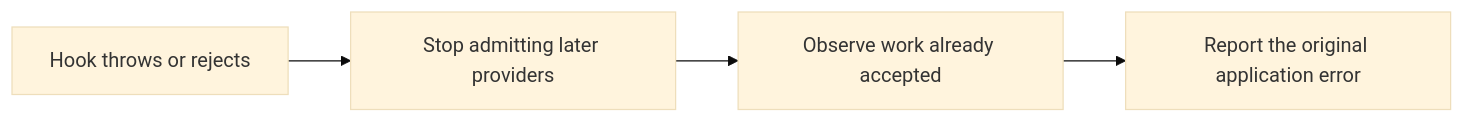
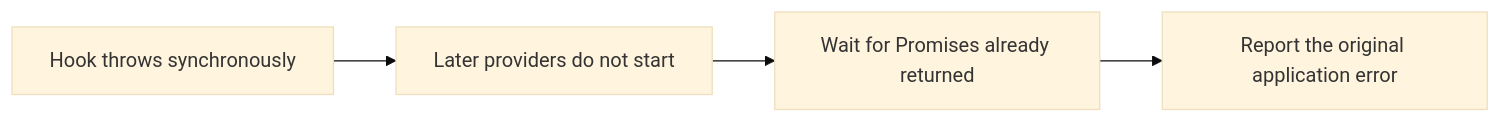
The third of 3 diagrams in docs/user-docs/components/lifecycle-diagrams.md (aurelia/aurelia), drawn with Mermaid (base theme) before and after one commit. The commit also changed other lines of this file and 25 other files, not shown here.

````diff
--- a/docs/user-docs/components/lifecycle-diagrams.md
+++ b/docs/user-docs/components/lifecycle-diagrams.md
@@ -107,6 +107,6 @@
 ```mermaid
 flowchart LR
-    A[Hook throws or rejects] --> B[Stop admitting later providers]
-    B --> C[Observe work already accepted]
+    A[Hook throws synchronously] --> B[Later providers do not start]
+    B --> C[Wait for Promises already returned]
     C --> D[Report the original application error]
 ```
````
